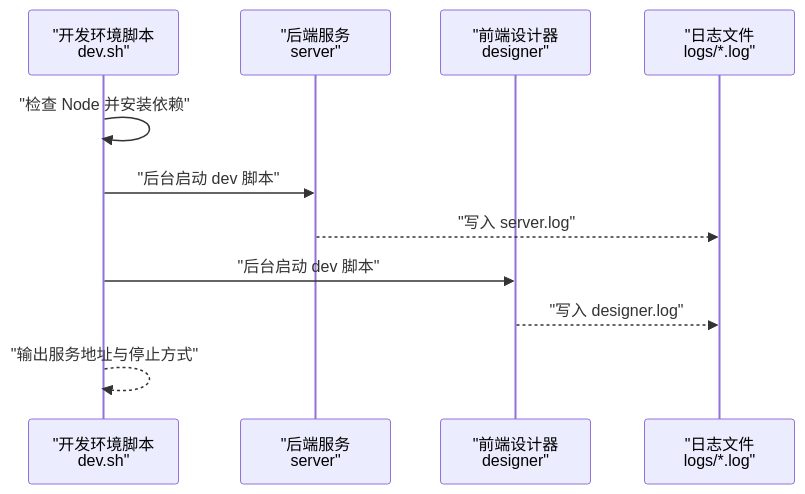
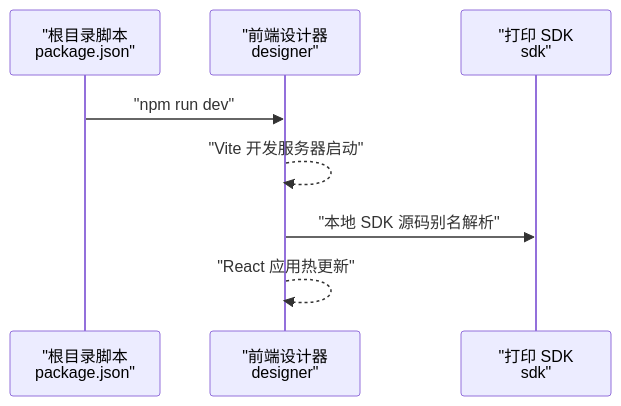
Before and after one commit to joker-yjc/printer: the second of 6 diagrams in .qoder/repowiki/zh/content/故障排除/开发环境问题.md, drawn with Mermaid. The commit also changed other lines of this file and 44 other files, not shown here.

````diff
--- a/.qoder/repowiki/zh/content/故障排除/开发环境问题.md
+++ b/.qoder/repowiki/zh/content/故障排除/开发环境问题.md
@@ -84,13 +73,10 @@
 ```mermaid
 sequenceDiagram
-participant Dev as "开发环境脚本<br/>dev.sh"
-participant Srv as "后端服务<br/>server"
+participant Root as "根目录脚本<br/>package.json"
 participant Dsr as "前端设计器<br/>designer"
-participant Log as "日志文件<br/>logs/*.log"
-Dev->>Dev : "检查 Node 并安装依赖"
-Dev->>Srv : "后台启动 dev 脚本"
-Srv-->>Log : "写入 server.log"
-Dev->>Dsr : "后台启动 dev 脚本"
-Dsr-->>Log : "写入 designer.log"
-Dev-->>Dev : "输出服务地址与停止方式"
+participant Sdk as "打印 SDK<br/>sdk"
+Root->>Dsr : "npm run dev"
+Dsr-->>Dsr : "Vite 开发服务器启动"
+Dsr->>Sdk : "本地 SDK 源码别名解析"
+Dsr-->>Dsr : "React 应用热更新"
 ```
````
